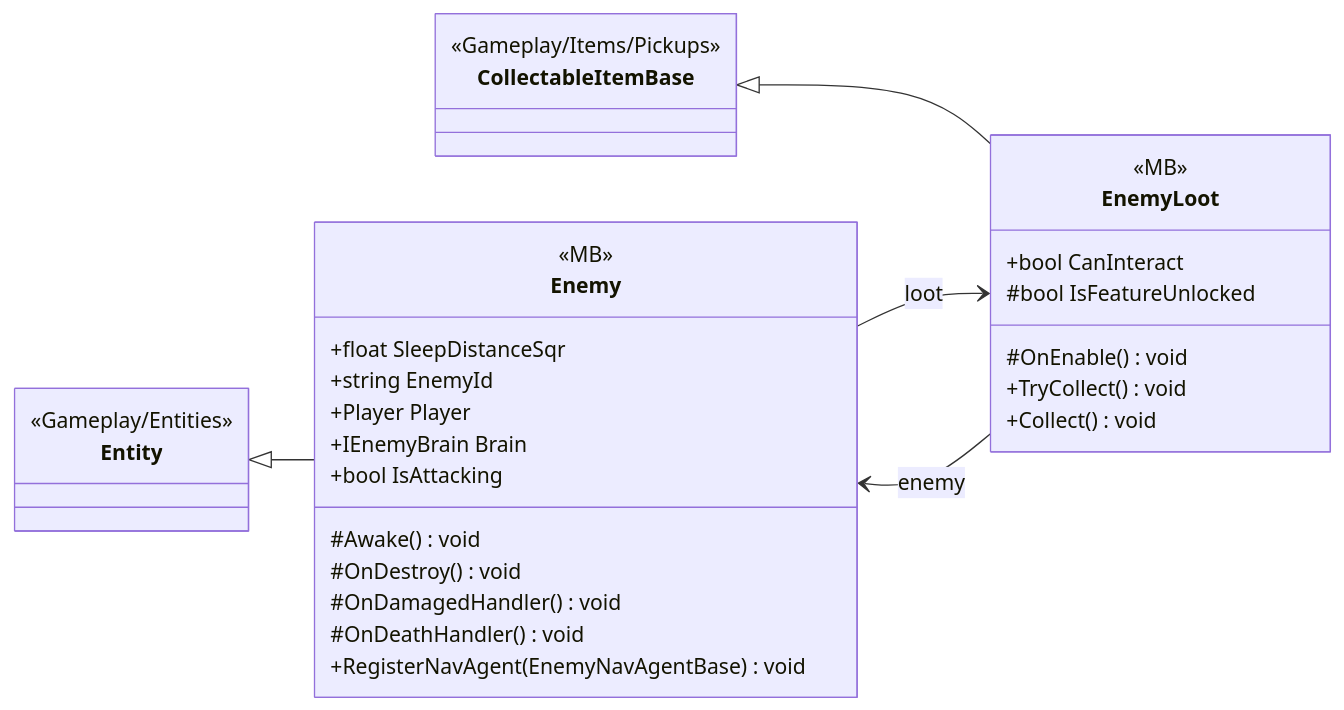
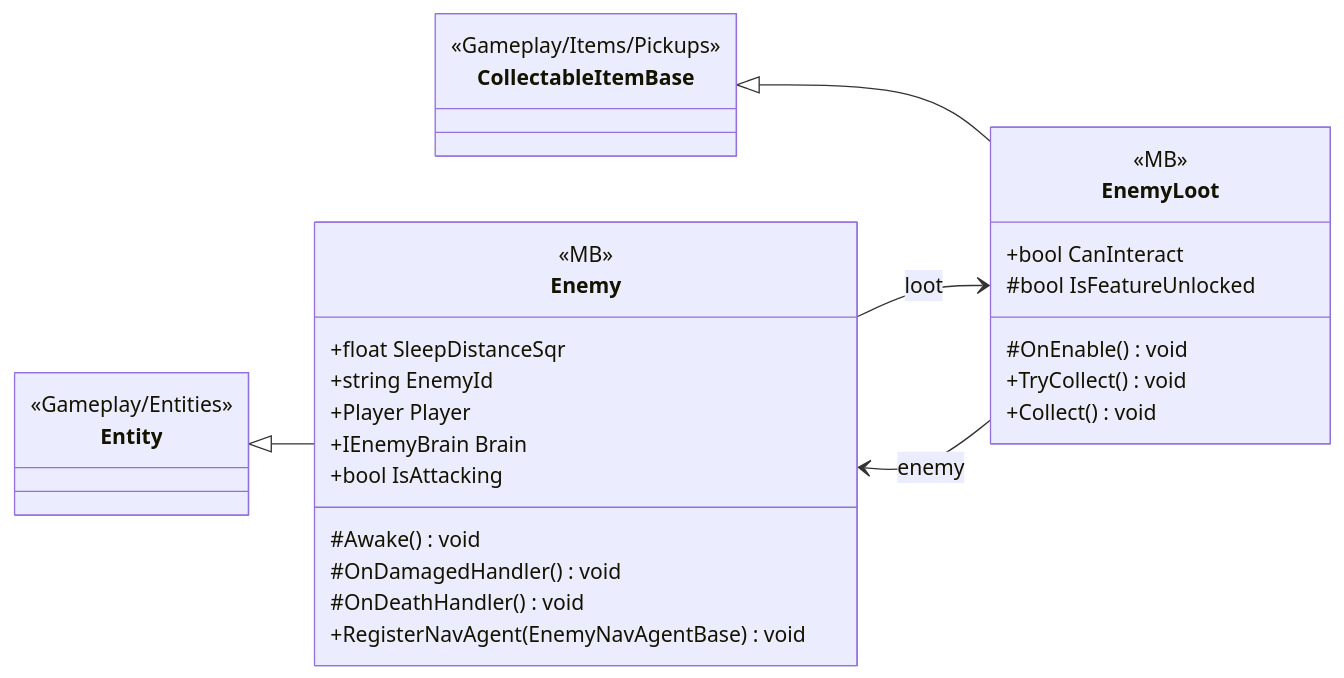
Before and after one commit to PhumipatWave/project-ocean: the diagram in docs/uml/modules/Gameplay_Entities_Enemies.md, drawn with Mermaid. The commit also changed other lines of this file and 52 other files, not shown here.

````diff
--- a/docs/uml/modules/Gameplay_Entities_Enemies.md
+++ b/docs/uml/modules/Gameplay_Entities_Enemies.md
@@ -7,35 +7,34 @@
 ```mermaid
 classDiagram
   direction LR
   class Enemy {
     <<MB>>
     +float SleepDistanceSqr
     +string EnemyId
     +Player Player
     +IEnemyBrain Brain
     +bool IsAttacking
     #Awake() void
-    #OnDestroy() void
     #OnDamagedHandler() void
     #OnDeathHandler() void
     +RegisterNavAgent(EnemyNavAgentBase) void
   }
   class EnemyLoot {
     <<MB>>
     +bool CanInteract
     #bool IsFeatureUnlocked
     #OnEnable() void
     +TryCollect() void
     +Collect() void
   }
   class CollectableItemBase {
     <<Gameplay/Items/Pickups>>
   }
   class Entity {
     <<Gameplay/Entities>>
   }
   CollectableItemBase <|-- EnemyLoot
   Enemy --> EnemyLoot : loot
   EnemyLoot --> Enemy : enemy
   Entity <|-- Enemy
 ```
````
